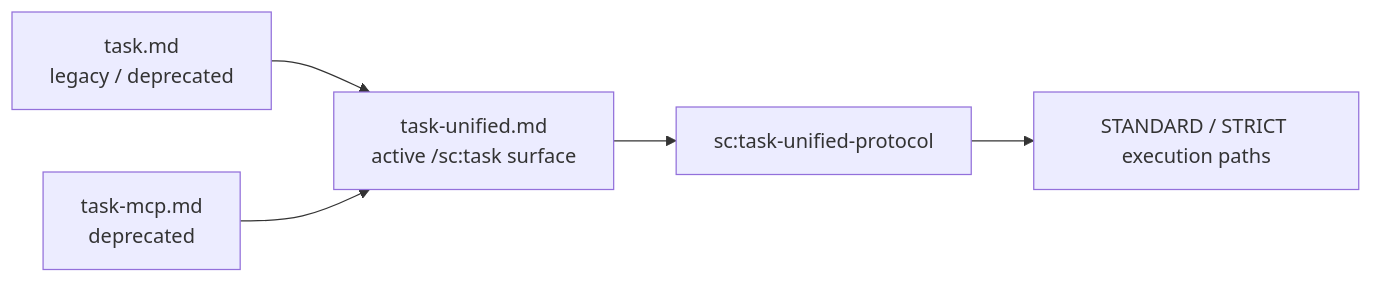
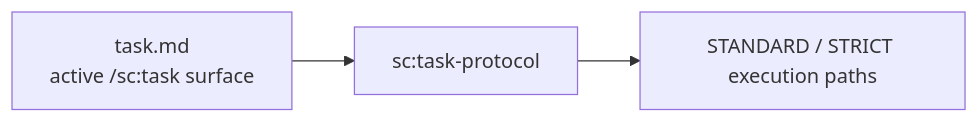
One commit to IronbellyOrg/IronClaude changed diagram 15 of 17 in docs/generated/contributor-knowledge-base/visual-architecture-summary.md. Above: the diagram before and after it, drawn with Mermaid. The commit also changed other lines of this file and 112 other files, not shown here.

````diff
--- a/docs/generated/contributor-knowledge-base/visual-architecture-summary.md
+++ b/docs/generated/contributor-knowledge-base/visual-architecture-summary.md
@@ -515,7 +515,6 @@
 ```mermaid
 flowchart LR
-    A[task.md<br/>legacy / deprecated] --> C[task-unified.md<br/>active /sc:task surface]
-    B[task-mcp.md<br/>deprecated] --> C
-    C --> D[sc:task-unified-protocol]
+    C[task.md<br/>active /sc:task surface]
+    C --> D[sc:task-protocol]
     D --> E[STANDARD / STRICT execution paths]
 ```
````
